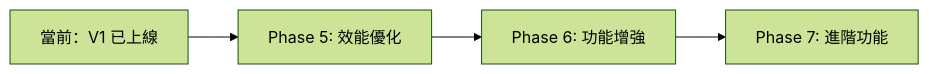
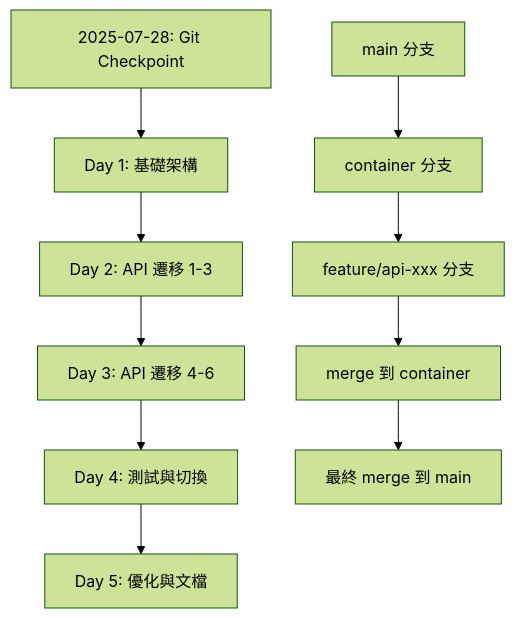
The first of 2 diagrams in CLAUDE.md (YuWenHao1212/azure_fastapi), drawn with Mermaid (forest theme) before and after one commit. The commit also changed other lines of this file, not shown here.

First line of the commit message:
docs: Update CLAUDE.md v2.9.0 with Container Apps migration plan

````diff
--- a/CLAUDE.md
+++ b/CLAUDE.md
@@ -442,6 +451,13 @@
 ```mermaid
-graph LR
-    A[當前：V1 已上線] --> B[Phase 5: 效能優化]
-    B --> C[Phase 6: 功能增強]
-    C --> D[Phase 7: 進階功能]
+graph TD
+    A[2025-07-28: Git Checkpoint] --> B[Day 1: 基礎架構]
+    B --> C[Day 2: API 遷移 1-3]
+    C --> D[Day 3: API 遷移 4-6]
+    D --> E[Day 4: 測試與切換]
+    E --> F[Day 5: 優化與文檔]
+    
+    G[main 分支] --> H[container 分支]
+    H --> I[feature/api-xxx 分支]
+    I --> J[merge 到 container]
+    J --> K[最終 merge 到 main]
 ```
````
